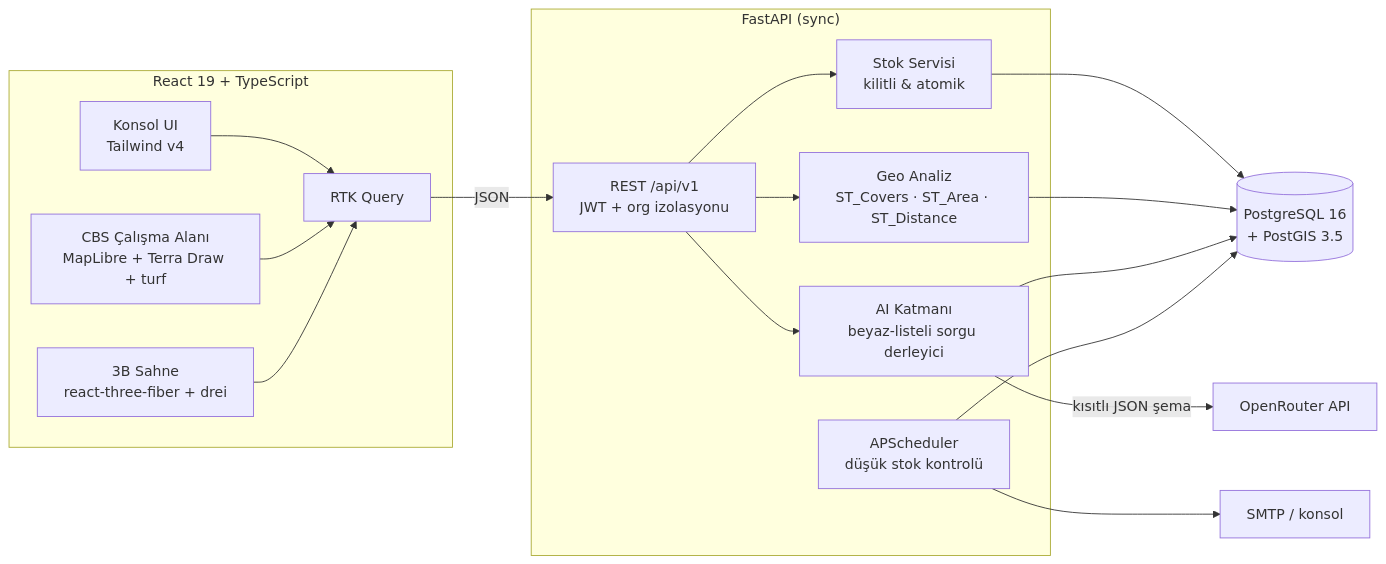
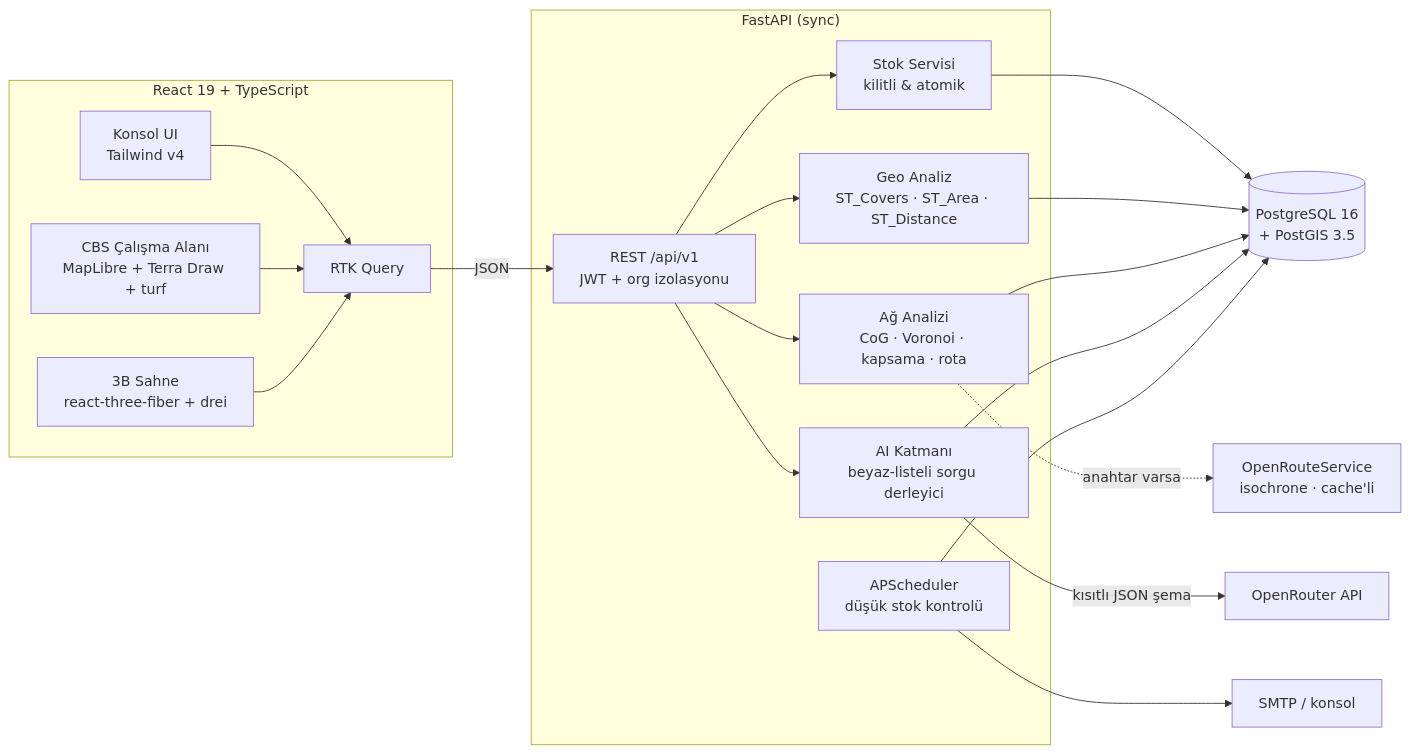
The diagram in README.md (abdullahmutllu/DepoStokKontrolSistemiCBS), drawn with Mermaid before and after one commit. The commit also changed other lines of this file and 65 other files, not shown here.

````diff
--- a/README.md
+++ b/README.md
@@ -100,32 +152,35 @@
 ```mermaid
 flowchart LR
     subgraph Frontend["React 19 + TypeScript"]
         UI[Konsol UI\nTailwind v4]
         MAP[CBS Çalışma Alanı\nMapLibre + Terra Draw + turf]
         THREE[3B Sahne\nreact-three-fiber + drei]
         RTK[RTK Query]
         UI --> RTK
         MAP --> RTK
         THREE --> RTK
     end
 
     subgraph Backend["FastAPI (sync)"]
         API[REST /api/v1\nJWT + org izolasyonu]
         STOCK[Stok Servisi\nkilitli & atomik]
         GEO[Geo Analiz\nST_Covers · ST_Area · ST_Distance]
+        NET[Ağ Analizi\nCoG · Voronoi · kapsama · rota]
         AI[AI Katmanı\nbeyaz-listeli sorgu derleyici]
         SCHED[APScheduler\ndüşük stok kontrolü]
     end
 
     DB[(PostgreSQL 16\n+ PostGIS 3.5)]
     OR[OpenRouter API]
+    ORS[OpenRouteService\nisochrone · cache'li]
     SMTP[SMTP / konsol]
 
     RTK -->|JSON| API
-    API --> STOCK & GEO & AI
-    STOCK & GEO --> DB
+    API --> STOCK & GEO & NET & AI
+    STOCK & GEO & NET --> DB
+    NET -.->|"anahtar varsa"| ORS
     AI -->|"kısıtlı JSON şema"| OR
     AI --> DB
     SCHED --> DB
     SCHED --> SMTP
 ```
````
